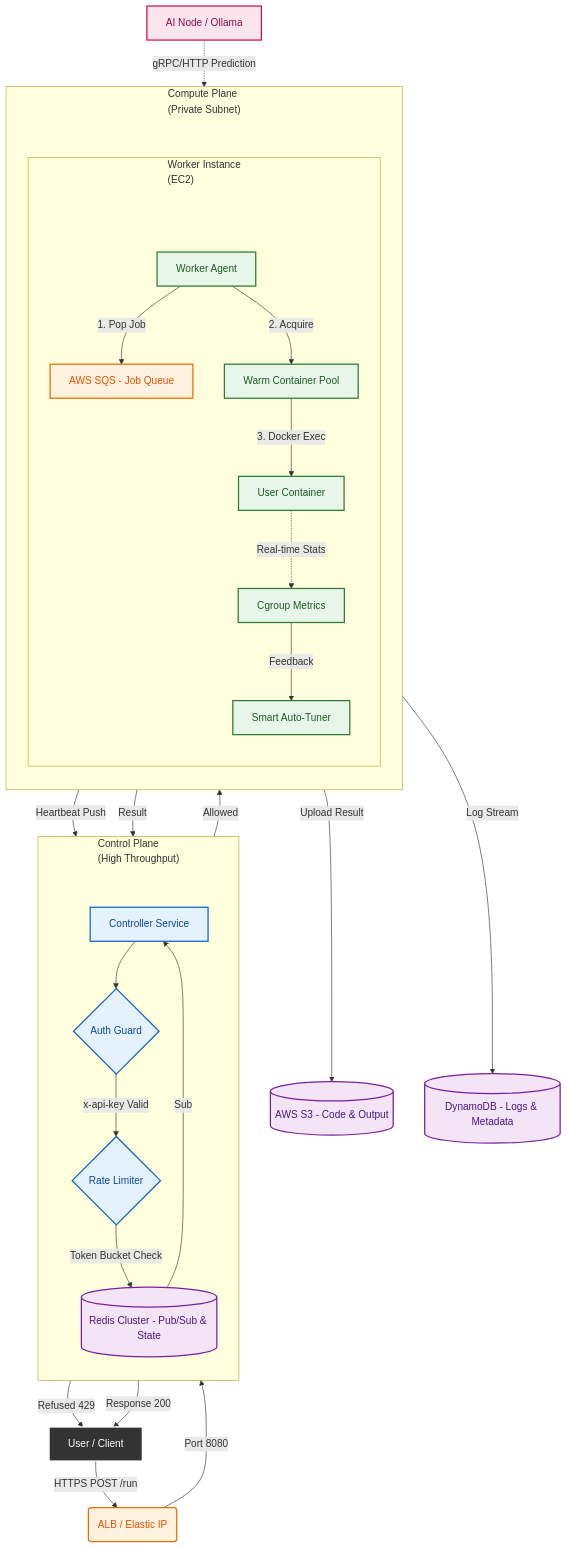
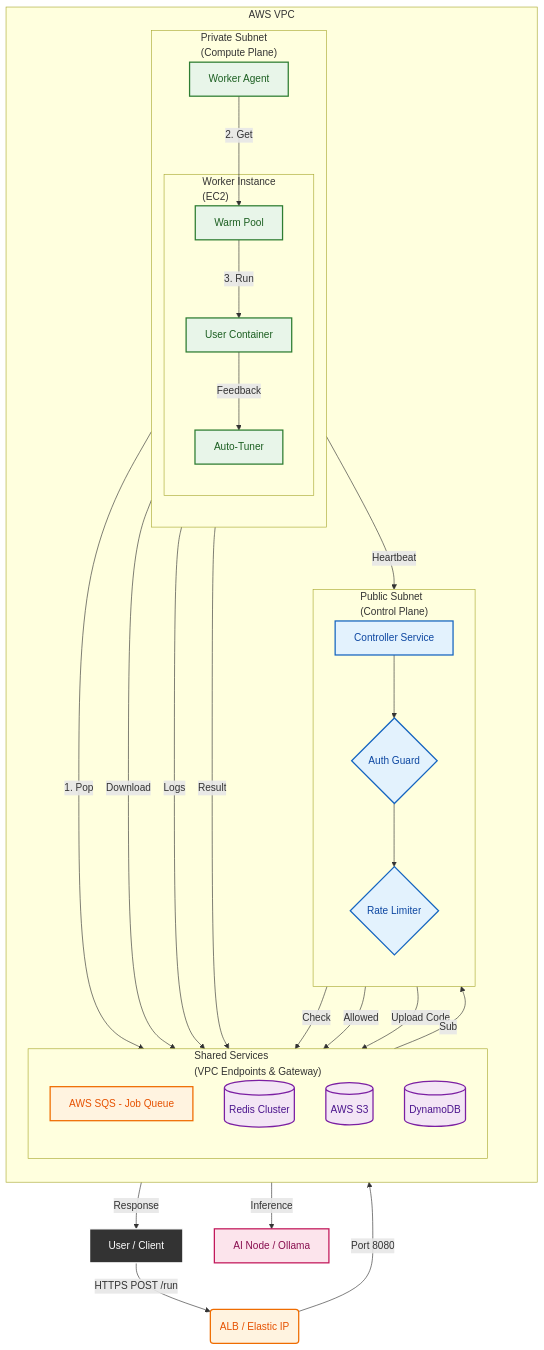
One commit to sangmu1126/FaaS-Platform changed the diagram in README.md. Above: the diagram before and after it, drawn with Mermaid.

Commit message:
update README: boxing AWS VPC

````diff
--- a/README.md
+++ b/README.md
@@ -15,75 +15,65 @@
 
     %% 🌐 External World
     User[User / Client]:::client -->|HTTPS POST /run| ALB(ALB / Elastic IP):::aws
+    AINode[AI Node / Ollama]:::ai
+    
+    %% ☁️ AWS VPC Boundary
+    subgraph "AWS VPC"
+        direction TB
+        
+        %% 1. Shared Managed Services (Middle Layer)
+        subgraph "Shared Services<br>(VPC Endpoints & Gateway)"
+            direction TB
+            SQS[AWS SQS - Job Queue]:::aws
+            Redis_Global[(Redis Cluster)]:::storage
+            S3[(AWS S3)]:::storage
+            DDB[(DynamoDB)]:::storage
+        end
+
+        %% 2. Control Plane (Right)
+        subgraph "Public Subnet<br>(Control Plane)"
+            direction TB
+            Controller[Controller Service]:::control
+            Auth{Auth Guard}:::control
+            RateLimit{Rate Limiter}:::control
+        end
+
+        %% 3. Compute Plane (Left)
+        subgraph "Private Subnet<br>(Compute Plane)"
+            direction TB
+            Agent[Worker Agent]:::worker
+            
+            subgraph "Worker Instance<br>(EC2)"
+                WarmPool[Warm Pool]:::worker
+                Container[User Container]:::worker
+                AutoTuner[Auto-Tuner]:::worker
+            end
+        end
+    end
+    
+    %% Connections (Logic Flow)
+    %% Inbound
     ALB -- Port 8080 --> Controller
-
-    %% 🧠 Control Plane (Node.js)
-    subgraph "Control Plane<br>(High Throughput)"
-        direction TB
-        %% Spacer to force Title visibility
-        Space1[ ]:::empty
-        
-        Controller[Controller Service]:::control
-        
-        %% Internal Logic
-        RateLimit{Rate Limiter}:::control
-        Auth{Auth Guard}:::control
-        
-        Space1 ~~~ Controller
-        Controller --> Auth
-        Auth -->|x-api-key Valid| RateLimit
-        RateLimit -->|Token Bucket Check| Redis_Global
-    end
-
-    %% ⚡ Compute Plane (Python + Docker)
-    subgraph "Compute Plane<br>(Private Subnet)"
-        direction TB
-        %% Spacer for Private Subnet Title
-        Space2[ ]:::empty
-        
-        Agent[Worker Agent]:::worker
-        
-        %% Worker Internals
-        subgraph "Worker Instance<br>(EC2)"
-            direction TB
-            %% Spacer for Instance Title
-            Space3[ ]:::empty
-            
-            WarmPool[Warm Container Pool]:::worker
-            AutoTuner[Smart Auto-Tuner]:::worker
-            MetricCol[Cgroup Metrics]:::worker
-            
-            Space3 ~~~ Agent
-            Agent -->|1. Pop Job| SQS
-            Agent -->|2. Acquire| WarmPool
-            WarmPool -->|3. Docker Exec| Container[User Container]:::worker
-            
-            Container -.->|Real-time Stats| MetricCol
-            MetricCol -->|Feedback| AutoTuner
-        end
-        
-        Space2 ~~~ Agent
-    end
-
-    %% 🤖 External AI Service
-    AINode[AI Node / Ollama]:::ai -.->|gRPC/HTTP Prediction| Container
-
-    %% ☁️ AWS Infrastructure
-    SQS[AWS SQS - Job Queue]:::aws
-    Redis_Global[(Redis Cluster - Pub/Sub & State)]:::storage
-    S3[(AWS S3 - Code & Output)]:::storage
-    DDB[(DynamoDB - Logs & Metadata)]:::storage
+    Controller --> Auth
+    Auth --> RateLimit
+    RateLimit -->|Check| Redis_Global
     
-    %% 🔄 Data Flow
+    %% Job Dispatch
     RateLimit -->|Allowed| SQS
-    RateLimit -->|Refused 429| User
+    Controller -->|Upload Code| S3
     
-    Agent -->|Heartbeat Push| Controller
-    Agent -->|Upload Result| S3
-    Agent -->|Log Stream| DDB
+    %% Worker Execution
+    Agent -->|1. Pop| SQS
+    Agent -->|2. Get| WarmPool
+    Agent -->|Download| S3
+    WarmPool -->|3. Run| Container
+    Container -->|Inference| AINode
+    Container -->|Feedback| AutoTuner
     
-    %% Return Path
+    %% Reporting
+    Agent -->|Logs| DDB
+    Agent -->|Heartbeat| Controller
     Container -->|Result| Redis_Global
     Redis_Global -->|Sub| Controller
-    Controller -->|Response 200| User
+    Controller -->|Response| User
 ```
````
